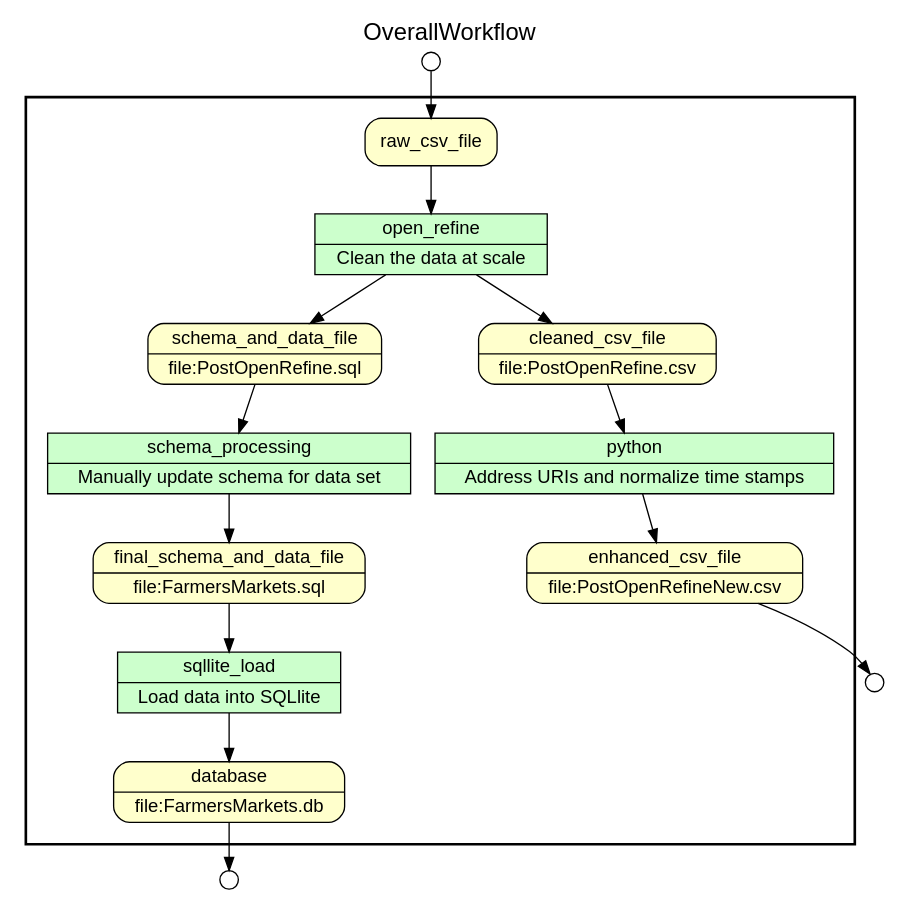
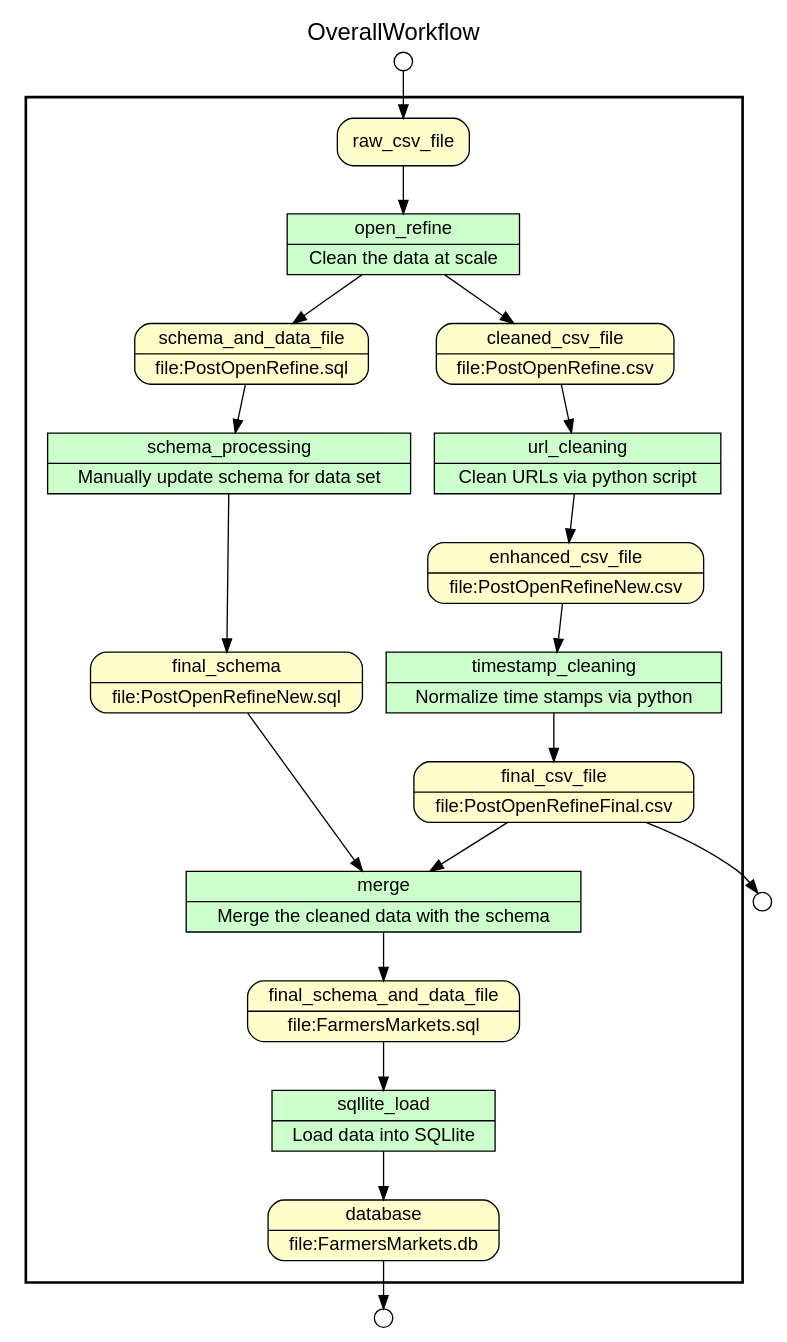
One commit to adam-reid/cs-513-final-project changed the diagram in Overall_Workflow.dot. Above: the diagram before and after it, drawn with Graphviz. The commit also changed 1 other file, not shown here.

```diff
--- a/Overall_Workflow.dot
+++ b/Overall_Workflow.dot
@@ -1,74 +1,83 @@
 
 /* Start of top-level graph */
 digraph Workflow {
 rankdir=TB
 
 /* Title for graph */
 fontname=Helvetica; fontsize=18; labelloc=t
 label=OverallWorkflow
 
 /* Start of double cluster for drawing box around nodes in workflow */
 subgraph cluster_workflow_box_outer { label=""; color=black; penwidth=2
 subgraph cluster_workflow_box_inner { label=""; penwidth=0
 
 /* Style for nodes representing atomic programs in workflow */
 node[shape=box style=filled fillcolor="#CCFFCC" peripheries=1 fontname=Helvetica]
 
 /* Nodes representing atomic programs in workflow */
 open_refine [shape=record rankdir=LR label="{<f0> open_refine |<f1> Clean the data at scale}"];
-python [shape=record rankdir=LR label="{<f0> python |<f1> Address URIs and normalize time stamps}"];
+url_cleaning [shape=record rankdir=LR label="{<f0> url_cleaning |<f1> Clean URLs via python script}"];
+timestamp_cleaning [shape=record rankdir=LR label="{<f0> timestamp_cleaning |<f1> Normalize time stamps via python}"];
 schema_processing [shape=record rankdir=LR label="{<f0> schema_processing |<f1> Manually update schema for data set}"];
+merge [shape=record rankdir=LR label="{<f0> merge |<f1> Merge the cleaned data with the schema}"];
 sqllite_load [shape=record rankdir=LR label="{<f0> sqllite_load |<f1> Load data into SQLlite}"];
 
 /* Style for nodes representing non-parameter data channels in workflow */
 node[shape=box style="rounded,filled" fillcolor="#FFFFCC" peripheries=1 fontname=Helvetica]
 
 /* Nodes for non-parameter data channels in workflow */
-enhanced_csv_file [shape=record rankdir=LR label="{<f0> enhanced_csv_file |<f1> file\:PostOpenRefineNew.csv}"];
+final_csv_file [shape=record rankdir=LR label="{<f0> final_csv_file |<f1> file\:PostOpenRefineFinal.csv}"];
 database [shape=record rankdir=LR label="{<f0> database |<f1> file\:FarmersMarkets.db}"];
 raw_csv_file
 cleaned_csv_file [shape=record rankdir=LR label="{<f0> cleaned_csv_file |<f1> file\:PostOpenRefine.csv}"];
+enhanced_csv_file [shape=record rankdir=LR label="{<f0> enhanced_csv_file |<f1> file\:PostOpenRefineNew.csv}"];
 schema_and_data_file [shape=record rankdir=LR label="{<f0> schema_and_data_file |<f1> file\:PostOpenRefine.sql}"];
+final_schema [shape=record rankdir=LR label="{<f0> final_schema |<f1> file\:PostOpenRefineNew.sql}"];
 final_schema_and_data_file [shape=record rankdir=LR label="{<f0> final_schema_and_data_file |<f1> file\:FarmersMarkets.sql}"];
 
 /* Style for nodes representing parameter channels in workflow */
 node[shape=box style="rounded,filled" fillcolor="#FCFCFC" peripheries=1 fontname=Helvetica]
 
 /* Nodes representing parameter channels in workflow */
 
 /* Edges representing connections between programs and channels */
 open_refine -> cleaned_csv_file
 open_refine -> schema_and_data_file
 raw_csv_file -> open_refine
-python -> enhanced_csv_file
-cleaned_csv_file -> python
-schema_processing -> final_schema_and_data_file
+url_cleaning -> enhanced_csv_file
+cleaned_csv_file -> url_cleaning
+timestamp_cleaning -> final_csv_file
+enhanced_csv_file -> timestamp_cleaning
+schema_processing -> final_schema
 schema_and_data_file -> schema_processing
+merge -> final_schema_and_data_file
+final_schema -> merge
+final_csv_file -> merge
 sqllite_load -> database
 final_schema_and_data_file -> sqllite_load
 
 /* End of double cluster for drawing box around nodes in workflow */
 }}
 
 /* Style for nodes representing workflow input ports */
 node[shape=circle style="rounded,filled" fillcolor="#FFFFFF" peripheries=1 fontname=Helvetica width=0.2]
 
 /* Nodes representing workflow input ports */
 raw_csv_file_input_port [label=""]
 
 /* Style for nodes representing workflow output ports */
 node[shape=circle style="rounded,filled" fillcolor="#FFFFFF" peripheries=1 fontname=Helvetica width=0.2]
 
 /* Nodes representing workflow output ports */
-enhanced_csv_file_output_port [label=""]
+final_csv_file_output_port [label=""]
 database_output_port [label=""]
 
 /* Edges from input ports to channels */
 raw_csv_file_input_port -> raw_csv_file
 
 /* Edges from channels to output ports */
-enhanced_csv_file -> enhanced_csv_file_output_port
+final_csv_file -> final_csv_file_output_port
 database -> database_output_port
 
 /* End of top-level graph */
 }
```
